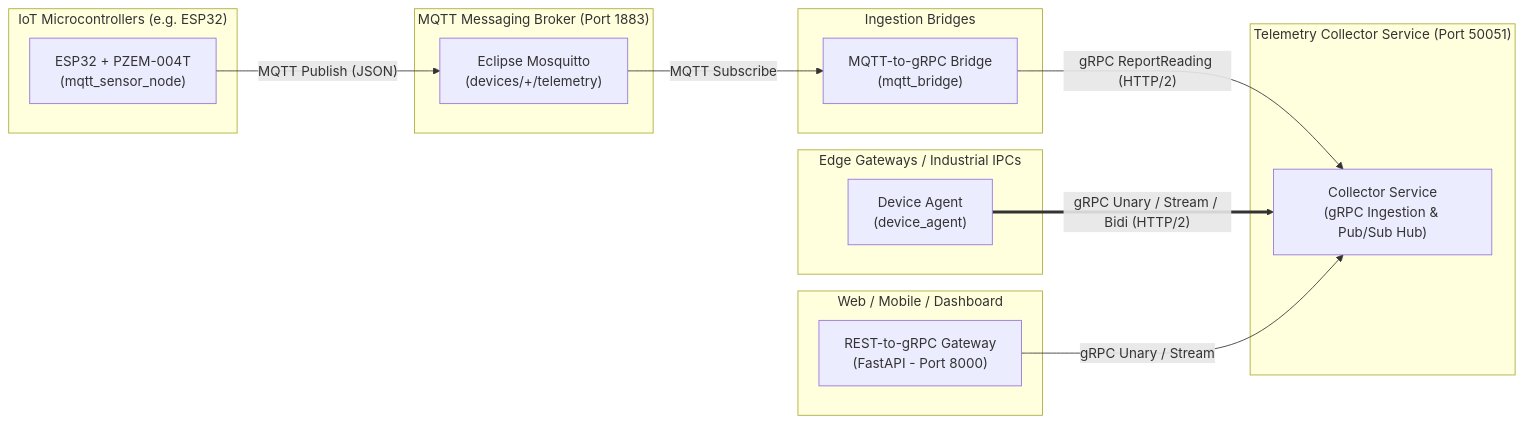
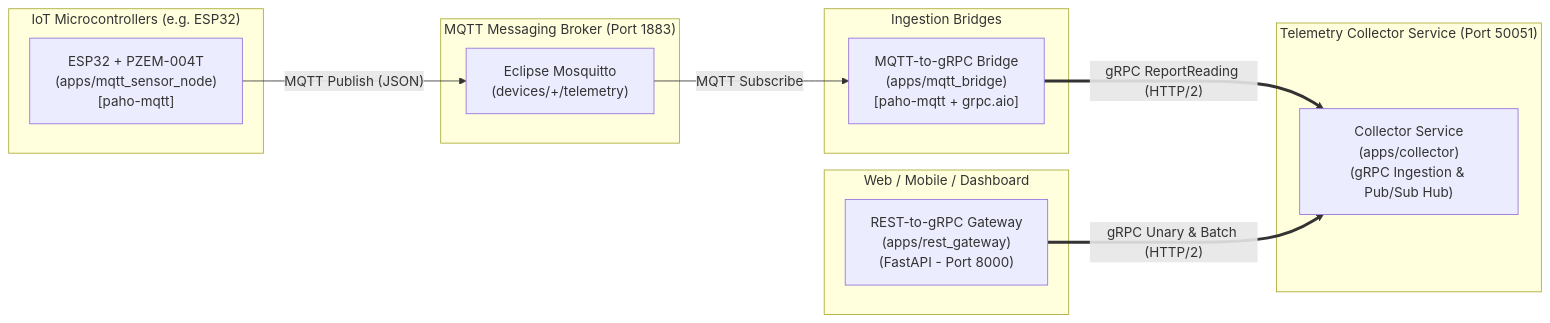
One commit to FarrelAD/Python-gRPC changed the diagram in README.md. Above: the diagram before and after it, drawn with Mermaid. The commit also changed other lines of this file and 5 other files, not shown here.

Commit message:
refactor: remove device agent service and update documentation for clarity

````diff
--- a/README.md
+++ b/README.md
@@ -12,32 +12,27 @@
 ```mermaid
 flowchart LR
     subgraph Microcontrollers["IoT Microcontrollers (e.g. ESP32)"]
-        ESP32["ESP32 + PZEM-004T\n(mqtt_sensor_node)"]
+        ESP32["ESP32 + PZEM-004T\n(apps/mqtt_sensor_node)\n[paho-mqtt]"]
     end
 
     subgraph MQTTBroker["MQTT Messaging Broker (Port 1883)"]
         Broker["Eclipse Mosquitto\n(devices/+/telemetry)"]
     end
 
     subgraph Bridges["Ingestion Bridges"]
-        Bridge["MQTT-to-gRPC Bridge\n(mqtt_bridge)"]
-    end
-
-    subgraph LinuxEdge["Edge Gateways / Industrial IPCs"]
-        EdgeAgent["Device Agent\n(device_agent)"]
+        Bridge["MQTT-to-gRPC Bridge\n(apps/mqtt_bridge)\n[paho-mqtt + grpc.aio]"]
     end
 
     subgraph Collector["Telemetry Collector Service (Port 50051)"]
-        Coll["Collector Service\n(gRPC Ingestion & Pub/Sub Hub)"]
+        Coll["Collector Service\n(apps/collector)\n(gRPC Ingestion & Pub/Sub Hub)"]
     end
 
     subgraph RESTConsumer["Web / Mobile / Dashboard"]
-        REST["REST-to-gRPC Gateway\n(FastAPI - Port 8000)"]
+        REST["REST-to-gRPC Gateway\n(apps/rest_gateway)\n(FastAPI - Port 8000)"]
     end
 
     ESP32 -->|"MQTT Publish (JSON)"| Broker
     Broker -->|"MQTT Subscribe"| Bridge
-    Bridge -->|"gRPC ReportReading (HTTP/2)"| Coll
-    EdgeAgent ==>|"gRPC Unary / Stream / Bidi (HTTP/2)"| Coll
-    REST -->|"gRPC Unary / Stream"| Coll
+    Bridge ==>|"gRPC ReportReading (HTTP/2)"| Coll
+    REST ==>|"gRPC Unary & Batch (HTTP/2)"| Coll
 ```
````
